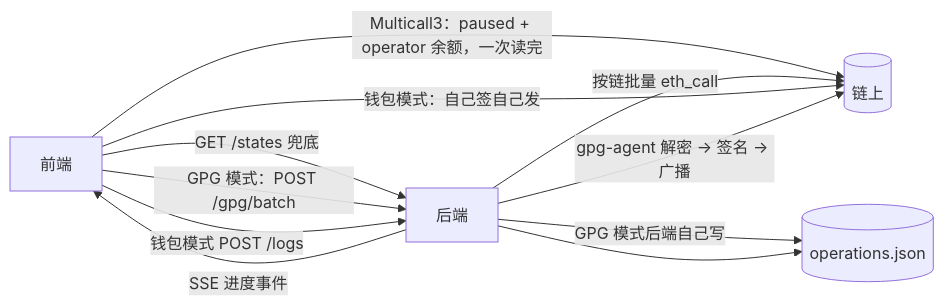
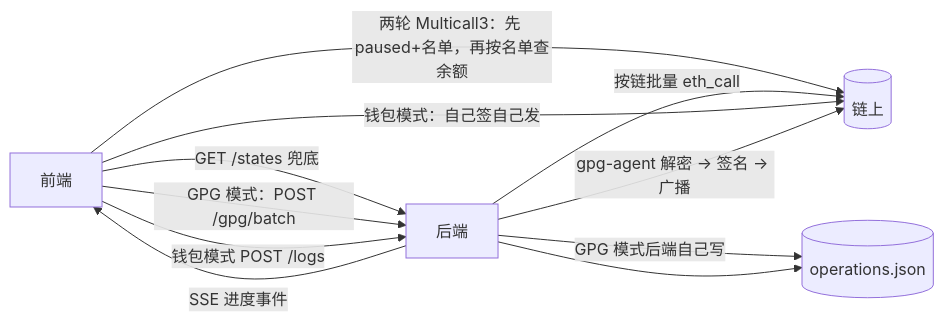
Before and after one commit to lanigon/pause: the second of 5 diagrams in ARCHITECTURE.md, drawn with Mermaid. The commit also changed other lines of this file and 11 other files, not shown here.

````diff
--- a/ARCHITECTURE.md
+++ b/ARCHITECTURE.md
@@ -128,20 +128,20 @@
 ```mermaid
 flowchart LR
     UI["前端"]
     BE["后端"]
     CHAIN[("链上")]
     LOG[("operations.json")]
 
-    UI -->|"Multicall3：paused + operator 余额，一次读完"| CHAIN
+    UI -->|"两轮 Multicall3：先 paused+名单，再按名单查余额"| CHAIN
     UI -->|"GET /states 兜底"| BE
     BE -->|"按链批量 eth_call"| CHAIN
 
     UI -->|"钱包模式：自己签自己发"| CHAIN
     UI -->|"GPG 模式：POST /gpg/batch"| BE
     BE -->|"gpg-agent 解密 → 签名 → 广播"| CHAIN
     BE -->|"SSE 进度事件"| UI
 
     UI -->|"钱包模式 POST /logs"| BE
     BE -->|"GPG 模式后端自己写"| LOG
     BE --> LOG
 ```
````
